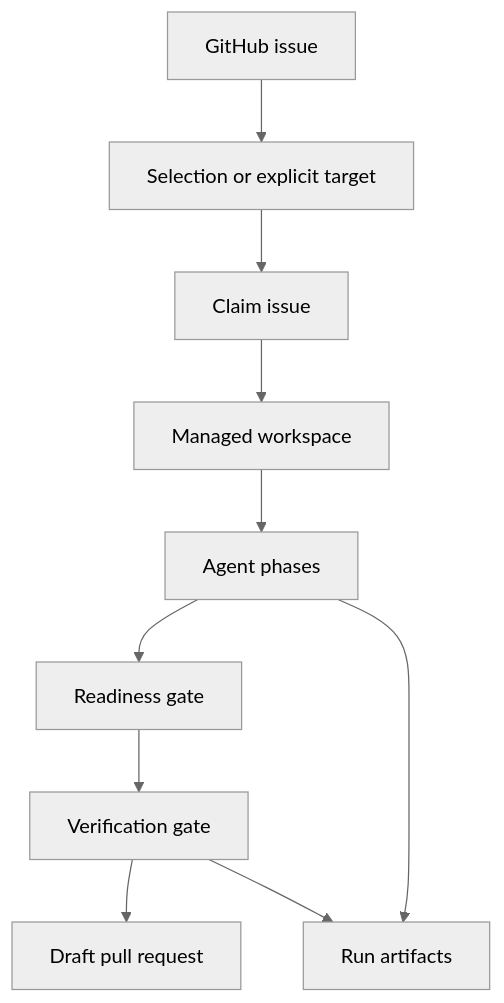
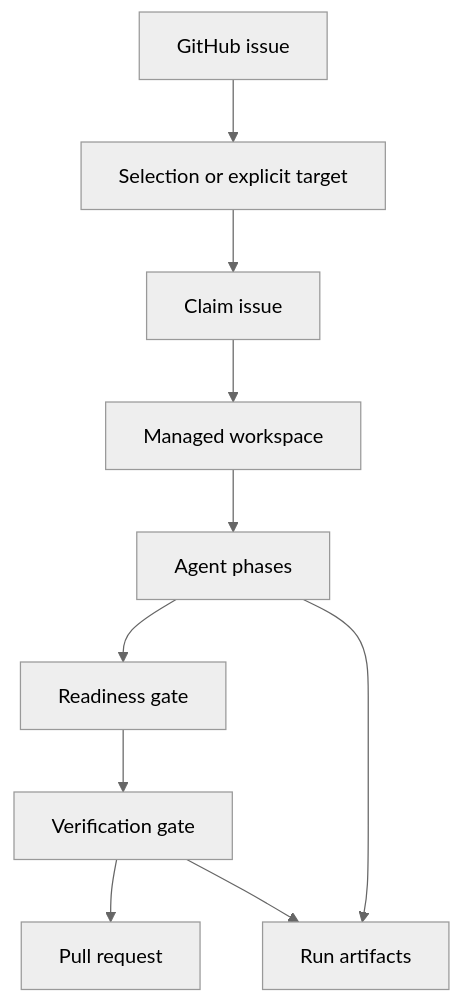
The diagram in docs/concepts.md (marcellocurto/roark-coding-agent), drawn with Mermaid (neutral theme) before and after one commit. The commit also changed other lines of this file and 21 other files, not shown here.

````diff
--- a/docs/concepts.md
+++ b/docs/concepts.md
@@ -10,12 +10,12 @@
 ```mermaid
 flowchart TD
   issue["GitHub issue"] --> select["Selection or explicit target"]
   select --> claim["Claim issue"]
   claim --> workspace["Managed workspace"]
   workspace --> phases["Agent phases"]
   phases --> readiness["Readiness gate"]
   readiness --> verify["Verification gate"]
-  verify --> publish["Draft pull request"]
+  verify --> publish["Pull request"]
   phases --> artifacts["Run artifacts"]
   verify --> artifacts
 ```
````
